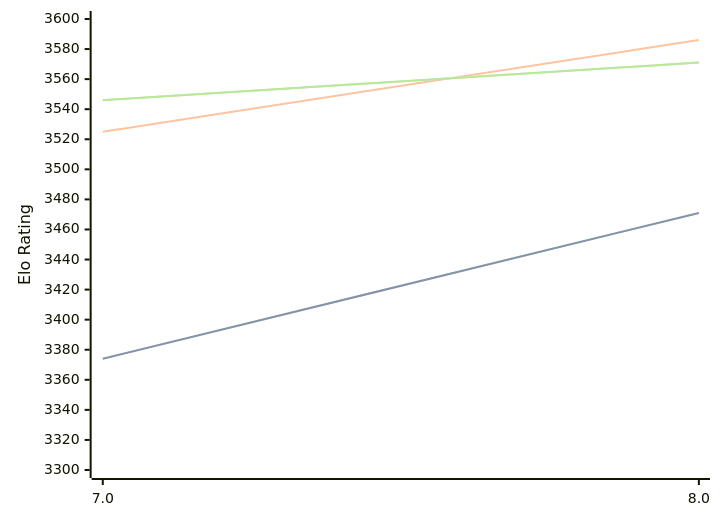
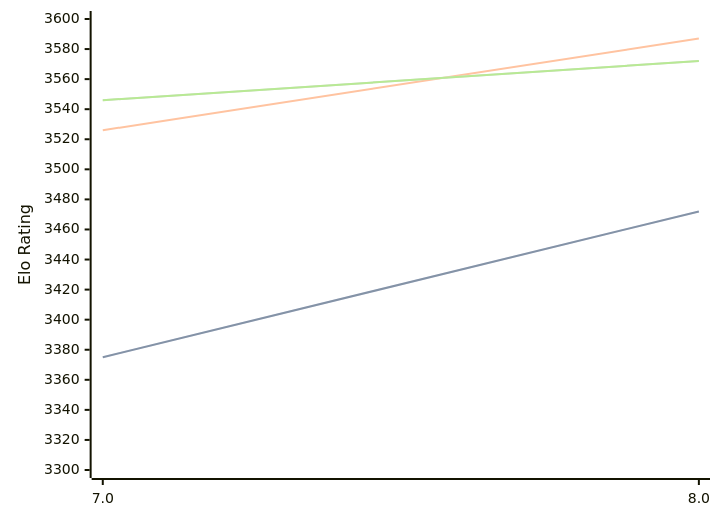
Before and after one commit to computer-chess-index/cci: the diagram in engines/Integral.md, drawn with Mermaid. The commit also changed other lines of this file, not shown here.

Commit message:
Update CCI Ratings (ELO VLTC) - 2026-09-16

````diff
--- a/engines/Integral.md
+++ b/engines/Integral.md
@@ -32,11 +32,11 @@
 ```mermaid
 %%{init: {"theme":"base","themeVariables":{"seriesColors:['#a3a3a3','#222221','#faa371']}}}%%
 xychart-beta
   x-axis ["7.0", "8.0"]
   y-axis "Elo Rating" 3300 --> 3600
-  line "" [3374, 3471]
-  line "STC (8.0+0.08s)" [3374, 3471]
-  line "LTC (60.0+0.60s)" [3525, 3586]
-  line "" [3546, 3571]
-  line "VLTC (2m24s+1.12s)" [3546, 3571]
+  line "" [3375, 3472]
+  line "STC (8.0+0.08s)" [3375, 3472]
+  line "LTC (60.0+0.60s)" [3526, 3587]
+  line "" [3546, 3572]
+  line "VLTC (2m24s+1.12s)" [3546, 3572]
 ```
````
